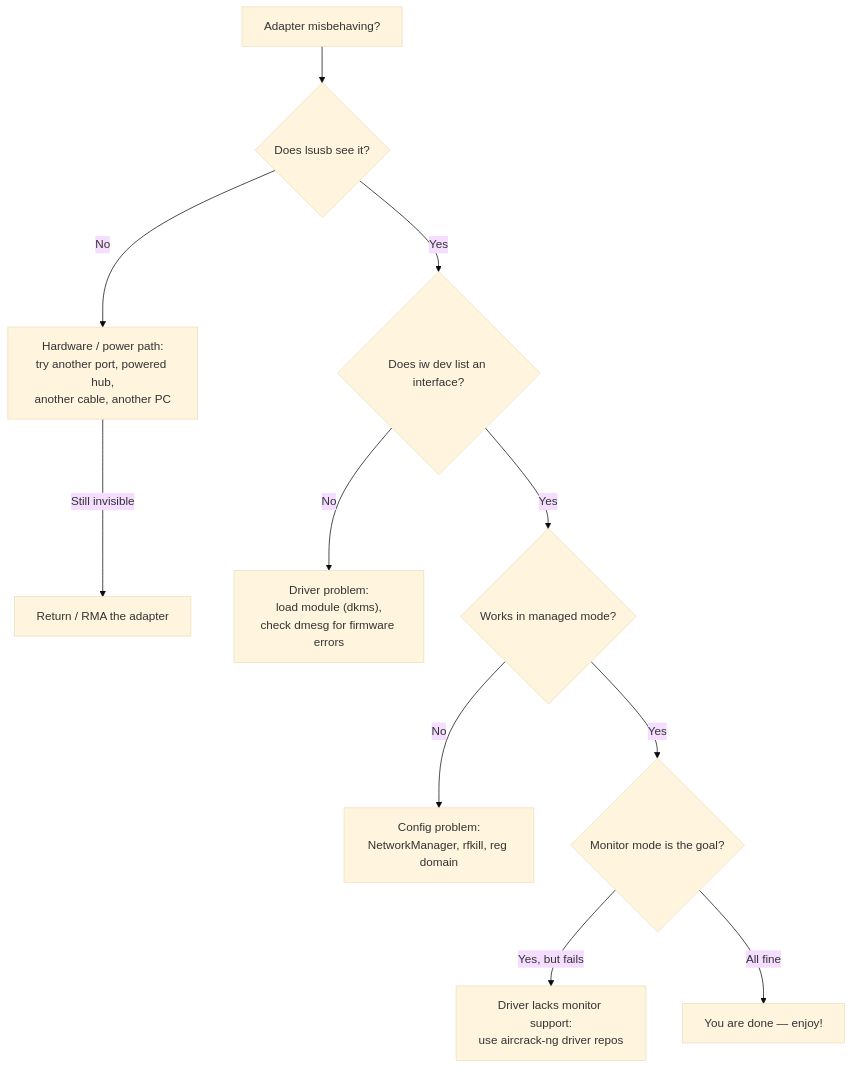
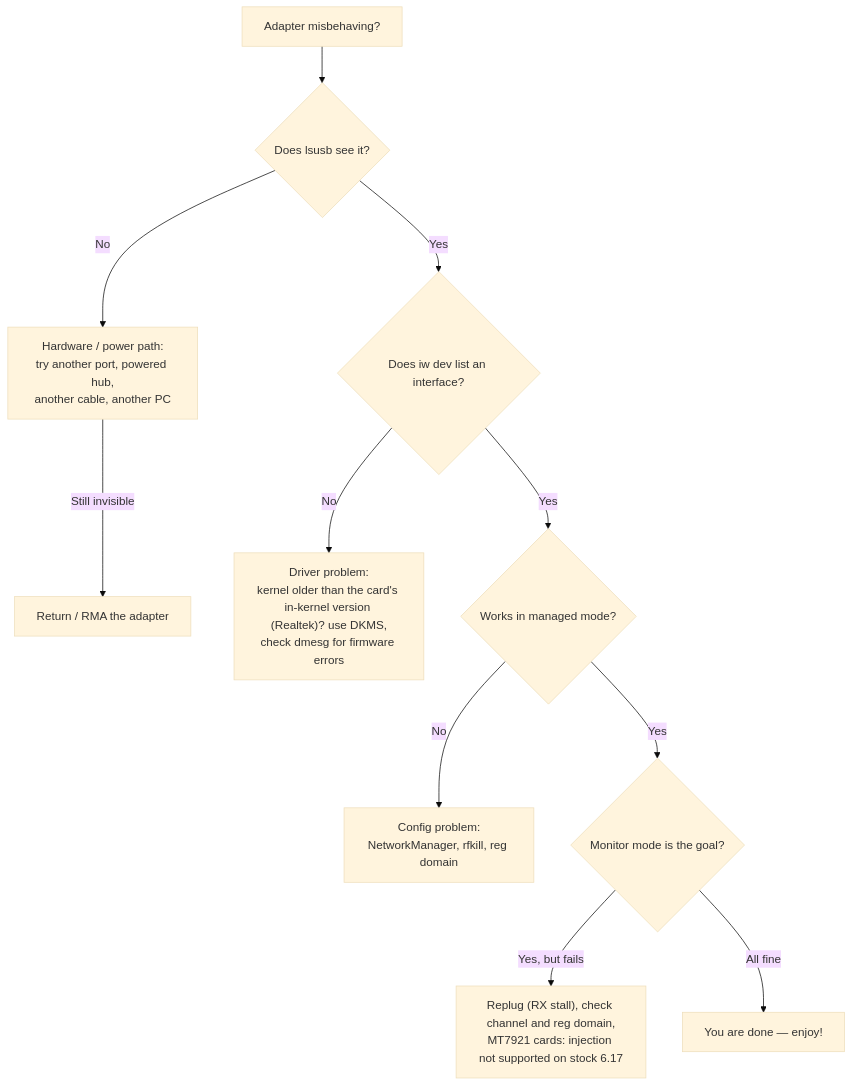
One commit to yopitek/yupitek-wiki changed the diagram in docs/01-alfa-network/troubleshooting.md. Above: the diagram before and after it, drawn with Mermaid (base theme). The commit also changed other lines of this file and 108 other files, not shown here.

````diff
--- a/docs/01-alfa-network/troubleshooting.md
+++ b/docs/01-alfa-network/troubleshooting.md
@@ -15,13 +15,13 @@
 ```mermaid
 flowchart TD
     A["Adapter misbehaving?"] --> B{"Does lsusb see it?"}
     B -->|"No"| C["Hardware / power path:<br/>try another port, powered hub,<br/>another cable, another PC"]
     C -->|"Still invisible"| D["Return / RMA the adapter"]
     B -->|"Yes"| E{"Does iw dev list an interface?"}
-    E -->|"No"| F["Driver problem:<br/>load module (dkms),<br/>check dmesg for firmware errors"]
+    E -->|"No"| F["Driver problem:<br/>kernel older than the card's in-kernel version (Realtek)? use DKMS,<br/>check dmesg for firmware errors"]
     E -->|"Yes"| G{"Works in managed mode?"}
     G -->|"No"| H["Config problem:<br/>NetworkManager, rfkill, reg domain"]
     G -->|"Yes"| I{"Monitor mode is the goal?"}
-    I -->|"Yes, but fails"| J["Driver lacks monitor support:<br/>use aircrack-ng driver repos"]
+    I -->|"Yes, but fails"| J["Replug (RX stall), check channel and reg domain,<br/>MT7921 cards: injection not supported on stock 6.17"]
     I -->|"All fine"| K["You are done — enjoy!"]
 ```
````
